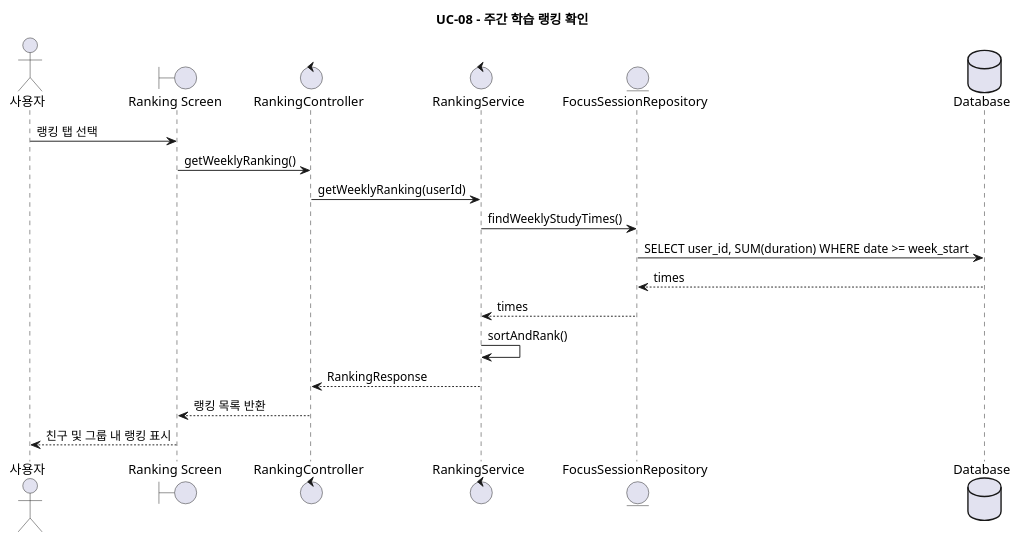
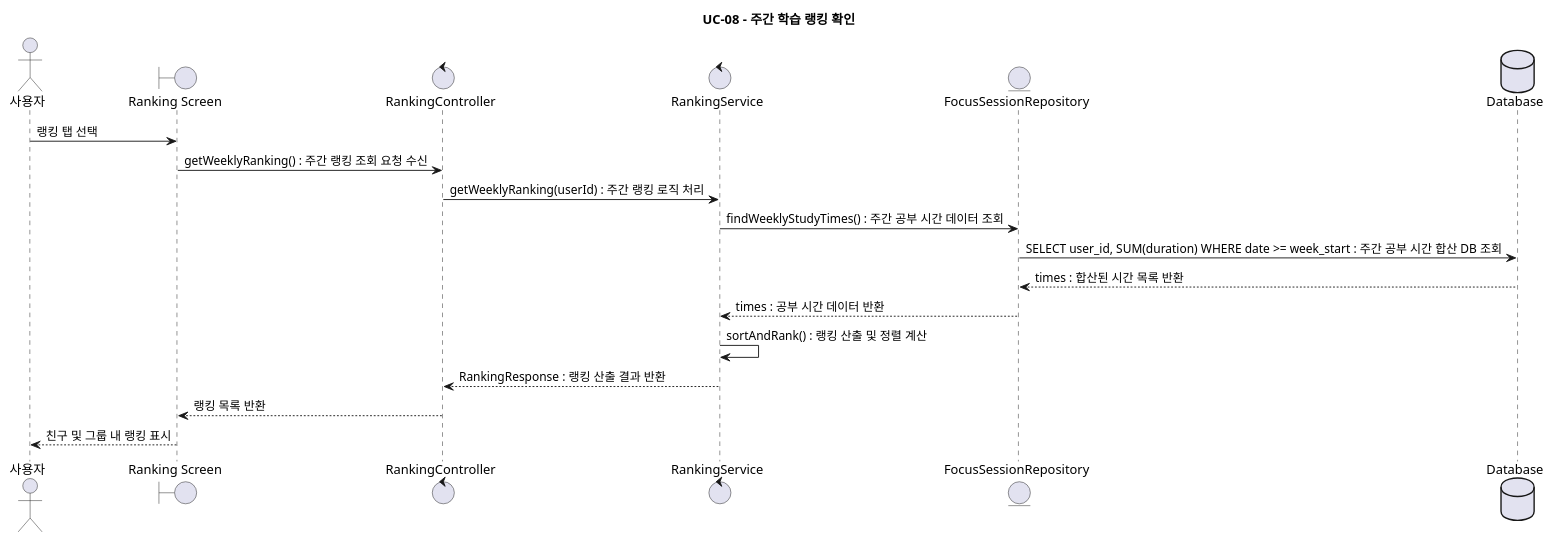
The fifth of 15 diagrams in docs/design/plantuml/sequence-diagrams.puml (jeongiryang/SoftwareEngineering_team15_project_-Smart-Edu-Platform), drawn with PlantUML before and after one commit. The commit also changed other lines of this file and 18 other files, not shown here.

```diff
--- a/docs/design/plantuml/sequence-diagrams.puml
+++ b/docs/design/plantuml/sequence-diagrams.puml
@@ -175,22 +175,22 @@
 @startuml UC08_StudyRanking
 title UC-08 - 주간 학습 랭킹 확인
 
 actor "사용자" as User
 boundary "Ranking Screen" as UI
 control "RankingController" as RankingController
 control "RankingService" as RankingService
 entity "FocusSessionRepository" as FocusSessionRepository
 database "Database" as DB
 
 User -> UI: 랭킹 탭 선택
-UI -> RankingController: getWeeklyRanking()
-RankingController -> RankingService: getWeeklyRanking(userId)
-RankingService -> FocusSessionRepository: findWeeklyStudyTimes()
-FocusSessionRepository -> DB: SELECT user_id, SUM(duration) WHERE date >= week_start
-DB --> FocusSessionRepository: times
-FocusSessionRepository --> RankingService: times
-RankingService -> RankingService: sortAndRank()
-RankingService --> RankingController: RankingResponse
+UI -> RankingController: getWeeklyRanking() : 주간 랭킹 조회 요청 수신
+RankingController -> RankingService: getWeeklyRanking(userId) : 주간 랭킹 로직 처리
+RankingService -> FocusSessionRepository: findWeeklyStudyTimes() : 주간 공부 시간 데이터 조회
+FocusSessionRepository -> DB: SELECT user_id, SUM(duration) WHERE date >= week_start : 주간 공부 시간 합산 DB 조회
+DB --> FocusSessionRepository: times : 합산된 시간 목록 반환
+FocusSessionRepository --> RankingService: times : 공부 시간 데이터 반환
+RankingService -> RankingService: sortAndRank() : 랭킹 산출 및 정렬 계산
+RankingService --> RankingController: RankingResponse : 랭킹 산출 결과 반환
 RankingController --> UI: 랭킹 목록 반환
 UI --> User: 친구 및 그룹 내 랭킹 표시
 @enduml
```
